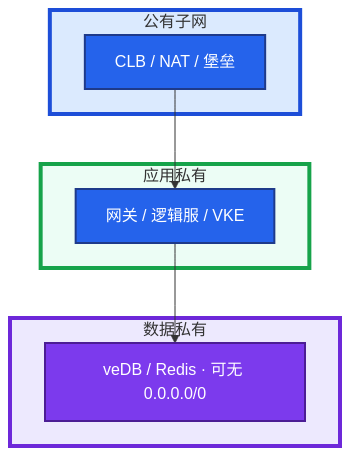
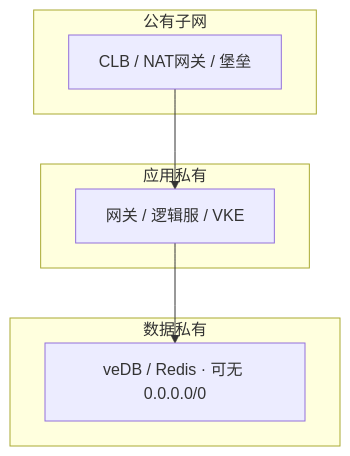
One commit to ml-cuizijun/LearnToLilith changed the second of 5 diagrams in 06-云平台/08-火山引擎生产/知识点.md. Above: the diagram before and after it, drawn with Mermaid. The commit also changed other lines of this file and 470 other files, not shown here.

````diff
--- a/06-云平台/08-火山引擎生产/知识点.md
+++ b/06-云平台/08-火山引擎生产/知识点.md
@@ -184,22 +179,14 @@
 ```mermaid
 flowchart TB
-    subgraph pub ["公有子网"]
-        lb[CLB / NAT / 堡垒]
+    subgraph pub["公有子网"]
+        lb["CLB / NAT网关 / 堡垒"]
     end
-    subgraph app ["应用私有"]
-        gw[网关 / 逻辑服 / VKE]
+    subgraph app["应用私有"]
+        gw["网关 / 逻辑服 / VKE"]
     end
-    subgraph data ["数据私有"]
-        db[veDB / Redis · 可无 0.0.0.0/0]
+    subgraph data["数据私有"]
+        db["veDB / Redis · 可无 0.0.0.0/0"]
     end
     lb --> gw
     gw --> db
-
-    classDef a fill:#2563EB,stroke:#1E3A8A,stroke-width:2px,color:#fff
-    classDef b fill:#7C3AED,stroke:#4C1D95,stroke-width:2px,color:#fff
-    class lb,gw a
-    class db b
-    style pub fill:#DBEAFE,stroke:#1D4ED8,stroke-width:4px
-    style app fill:#ECFDF5,stroke:#16A34A,stroke-width:4px
-    style data fill:#EDE9FE,stroke:#6D28D9,stroke-width:4px
 ```
````
